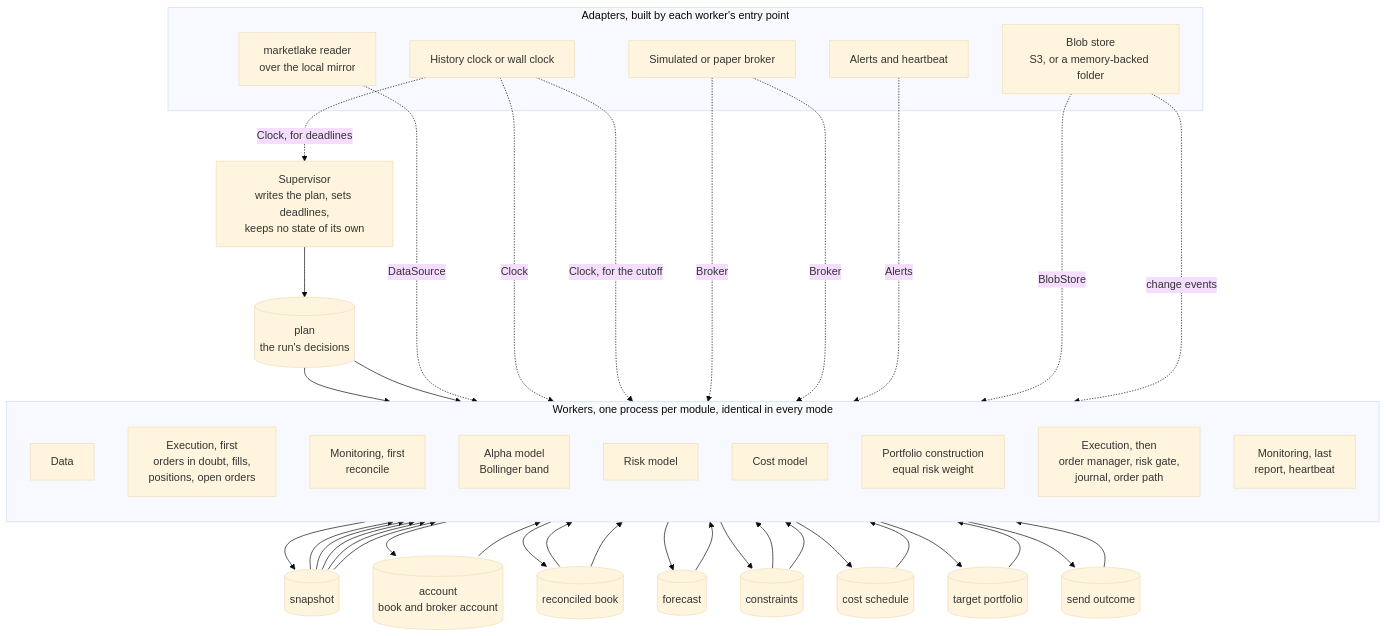
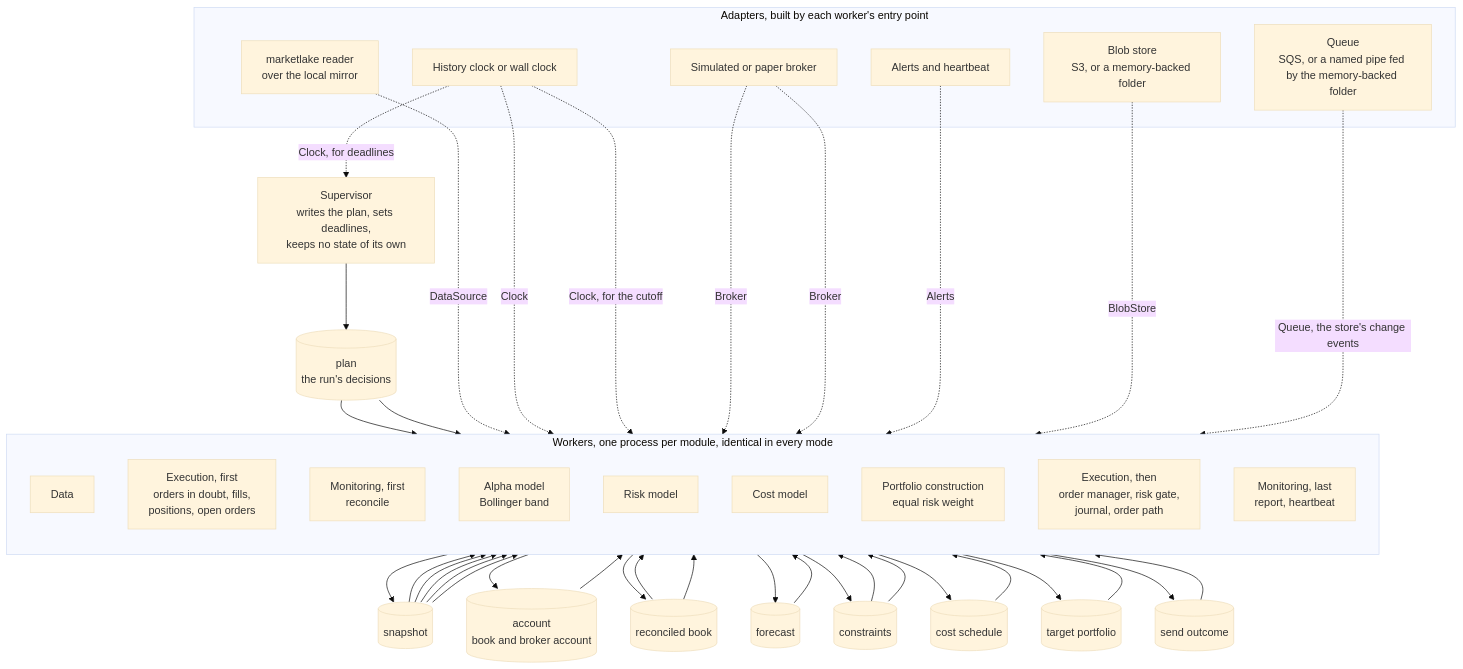
One commit to l3a0/ithildin-runtime changed the second of 16 diagrams in docs/architecture.md. Above: the diagram before and after it, drawn with Mermaid (base theme). The commit also changed other lines of this file and 2 other files, not shown here.

````diff
--- a/docs/architecture.md
+++ b/docs/architecture.md
@@ -295,64 +295,65 @@
 ```mermaid
 flowchart TB
     sup["Supervisor<br/>writes the plan, sets deadlines,<br/>keeps no state of its own"]
     plan[("plan<br/>the run's decisions")]
     sup --> plan
 
     subgraph workers["Workers, one process per module, identical in every mode"]
         direction TB
         data["Data"]
         exec_recover["Execution, first<br/>orders in doubt, fills,<br/>positions, open orders"]
         mon_recon["Monitoring, first<br/>reconcile"]
         alpha["Alpha model<br/>Bollinger band"]
         risk["Risk model"]
         cost["Cost model"]
         pc["Portfolio construction<br/>equal risk weight"]
         exec_send["Execution, then<br/>order manager, risk gate,<br/>journal, order path"]
         mon_report["Monitoring, last<br/>report, heartbeat"]
     end
 
     snap[("snapshot")]
     acct[("account<br/>book and broker account")]
     book[("reconciled book")]
     fc[("forecast")]
     cons[("constraints")]
     sched[("cost schedule")]
     target[("target portfolio")]
     outcome[("send outcome")]
 
     plan --> data
     plan --> exec_recover
     snap --> exec_recover
     data --> snap
     exec_recover --> acct --> mon_recon --> book
     snap --> alpha --> fc
     snap --> risk
     book --> risk --> cons
     snap --> cost --> sched
     fc --> pc
     cons --> pc
     sched --> pc
     book --> pc --> target
     target --> exec_send
     cons --> exec_send
     snap --> exec_send
     exec_send --> outcome --> mon_report
 
     subgraph adapters["Adapters, built by each worker's entry point"]
         lakesrc["marketlake reader<br/>over the local mirror"]
         clock["History clock or wall clock"]
         broker["Simulated or paper broker"]
         store["Blob store<br/>S3, or a memory-backed folder"]
-        alertsink["Alerts and heartbeat"]
+                alertsink["Alerts and heartbeat"]
+        queue["Queue<br/>SQS, or a named pipe fed by the memory-backed folder"]
     end
 
     lakesrc -. "DataSource" .-> data
     clock -. "Clock" .-> data
     clock -. "Clock, for deadlines" .-> sup
     clock -. "Clock, for the cutoff" .-> exec_send
     broker -. "Broker" .-> exec_recover
     broker -. "Broker" .-> exec_send
     store -. "BlobStore" .-> workers
     alertsink -. "Alerts" .-> mon_report
-    store -. "change events" .-> workers
+        queue -. "Queue, the store's change events" .-> workers
 ```
````
